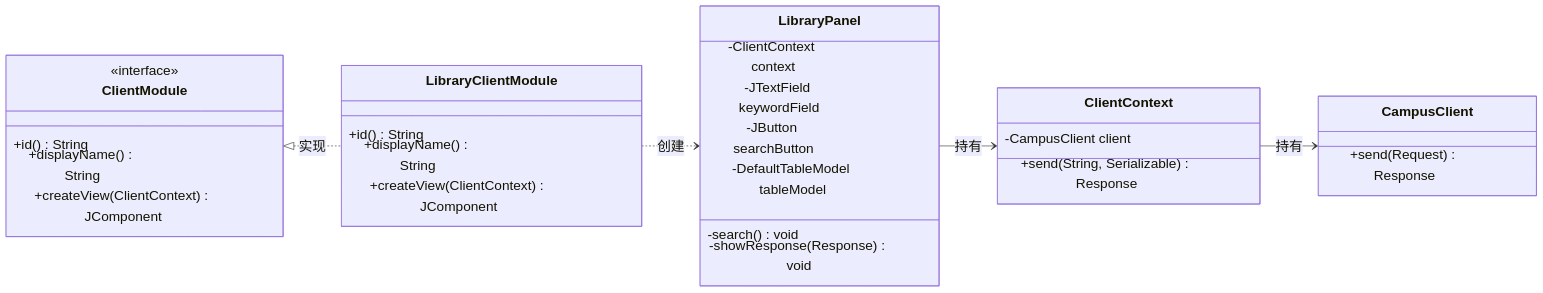
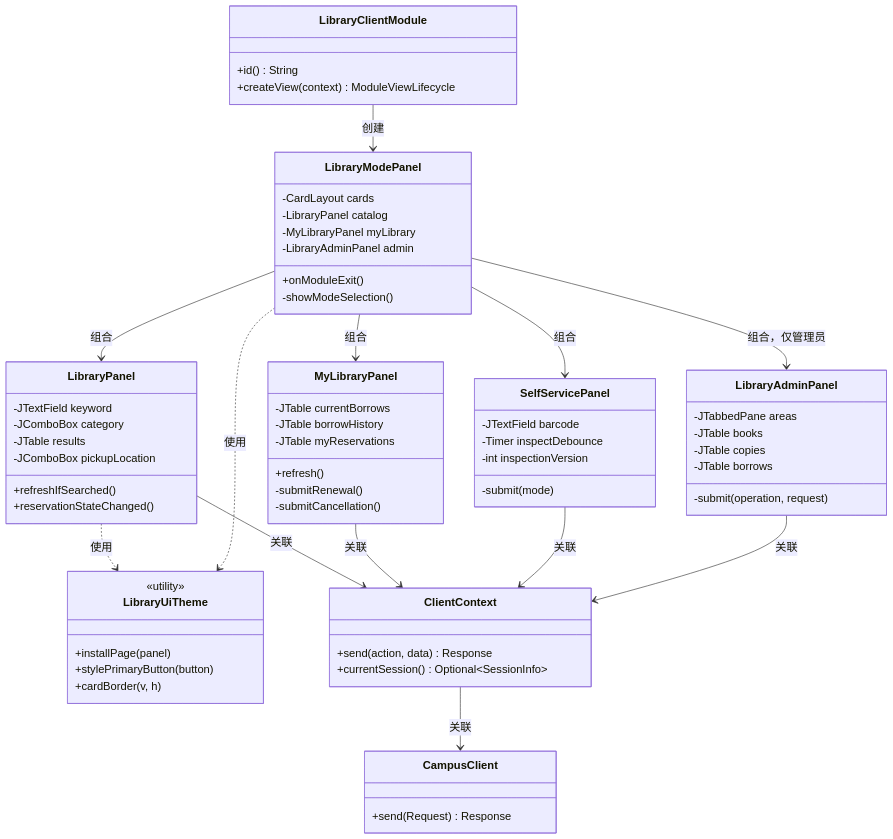
One commit to qlaxyy/JAVA-Campus-software changed the second of 7 diagrams in docs/modules/library-uml.md. Above: the diagram before and after it, drawn with Mermaid. The commit also changed other lines of this file and 4 other files, not shown here.

````diff
--- a/docs/modules/library-uml.md
+++ b/docs/modules/library-uml.md
@@ -89,41 +84,81 @@
 ```mermaid
-%%{init: {"themeVariables": {"fontSize": "22px"}}}%%
+%%{init: {"themeVariables": {"fontSize": "18px"}}}%%
 classDiagram
-direction LR
-
-class ClientModule {
-    <<interface>>
-    +id() String
-    +displayName() String
-    +createView(ClientContext) JComponent
-}
+direction TB
 
 class LibraryClientModule {
     +id() String
-    +displayName() String
-    +createView(ClientContext) JComponent
+    +createView(context) ModuleViewLifecycle
+}
+
+class LibraryModePanel {
+    -CardLayout cards
+    -LibraryPanel catalog
+    -MyLibraryPanel myLibrary
+    -LibraryAdminPanel admin
+    +onModuleExit()
+    -showModeSelection()
 }
 
 class LibraryPanel {
-    -ClientContext context
-    -JTextField keywordField
-    -JButton searchButton
-    -DefaultTableModel tableModel
-    -search() void
-    -showResponse(Response) void
+    -JTextField keyword
+    -JComboBox category
+    -JTable results
+    -JComboBox pickupLocation
+    +refreshIfSearched()
+    +reservationStateChanged()
+}
+
+class MyLibraryPanel {
+    -JTable currentBorrows
+    -JTable borrowHistory
+    -JTable myReservations
+    +refresh()
+    -submitRenewal()
+    -submitCancellation()
+}
+
+class SelfServicePanel {
+    -JTextField barcode
+    -Timer inspectDebounce
+    -int inspectionVersion
+    -submit(mode)
+}
+
+class LibraryAdminPanel {
+    -JTabbedPane areas
+    -JTable books
+    -JTable copies
+    -JTable borrows
+    -submit(operation, request)
+}
+
+class LibraryUiTheme {
+    <<utility>>
+    +installPage(panel)
+    +stylePrimaryButton(button)
+    +cardBorder(v, h)
 }
 
 class ClientContext {
-    -CampusClient client
-    +send(String, Serializable) Response
+    +send(action, data) Response
+    +currentSession() Optional~SessionInfo~
 }
 
 class CampusClient {
     +send(Request) Response
 }
 
-ClientModule <|.. LibraryClientModule : 实现
-LibraryClientModule ..> LibraryPanel : 创建
-LibraryPanel --> ClientContext : 持有
-ClientContext --> CampusClient : 持有
+LibraryClientModule --> LibraryModePanel : 创建
+LibraryModePanel --> LibraryPanel : 组合
+LibraryModePanel --> MyLibraryPanel : 组合
+LibraryModePanel --> SelfServicePanel : 组合
+LibraryModePanel --> LibraryAdminPanel : 组合，仅管理员
+LibraryPanel --> ClientContext : 关联
+MyLibraryPanel --> ClientContext : 关联
+SelfServicePanel --> ClientContext : 关联
+LibraryAdminPanel --> ClientContext : 关联
+LibraryPanel ..> LibraryUiTheme : 使用
+LibraryModePanel ..> LibraryUiTheme : 使用
+ClientContext --> CampusClient : 关联
 ```
````
